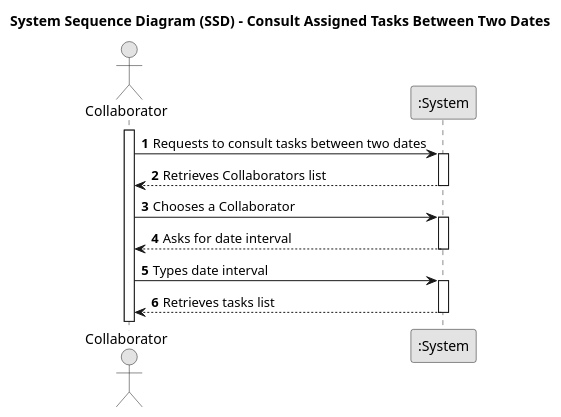
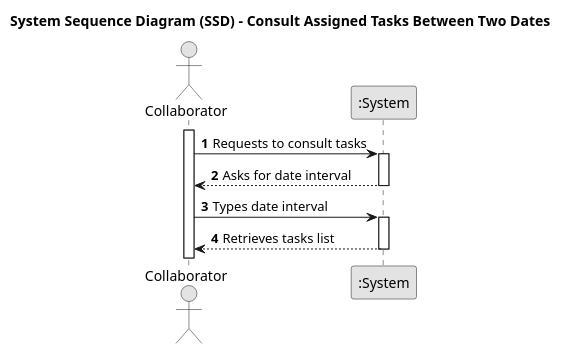
Before and after one commit to Departamento-de-Engenharia-Informatica/lei-24-s2-1df-1de-g063: the diagram in docs/SprintC/us28/01.requirements-engineering/puml/us028-system-sequence-diagram-alternative-one.puml, drawn with PlantUML. The commit also changed 25 other files, not shown here.

```diff
--- a/docs/SprintC/us28/01.requirements-engineering/puml/us028-system-sequence-diagram-alternative-one.puml
+++ b/docs/SprintC/us28/01.requirements-engineering/puml/us028-system-sequence-diagram-alternative-one.puml
@@ -1,33 +1,27 @@
 @startuml
 skinparam monochrome true
 skinparam packageStyle rectangle
 skinparam shadowing false
 
 title System Sequence Diagram (SSD) - Consult Assigned Tasks Between Two Dates
 
 autonumber
 
 actor "Collaborator" as Collaborator
 participant ":System" as System
 
 activate Collaborator
 
-    Collaborator -> System : Requests to consult tasks between two dates
-    activate System
-
-        System --> Collaborator : Retrieves Collaborators list
-    deactivate System
-
-    Collaborator -> System : Chooses a Collaborator
+    Collaborator -> System : Requests to consult tasks
     activate System
 
         System --> Collaborator : Asks for date interval
     deactivate System
 
     Collaborator -> System : Types date interval
     activate System
 
         System --> Collaborator : Retrieves tasks list
     deactivate System
 
 @enduml
```
